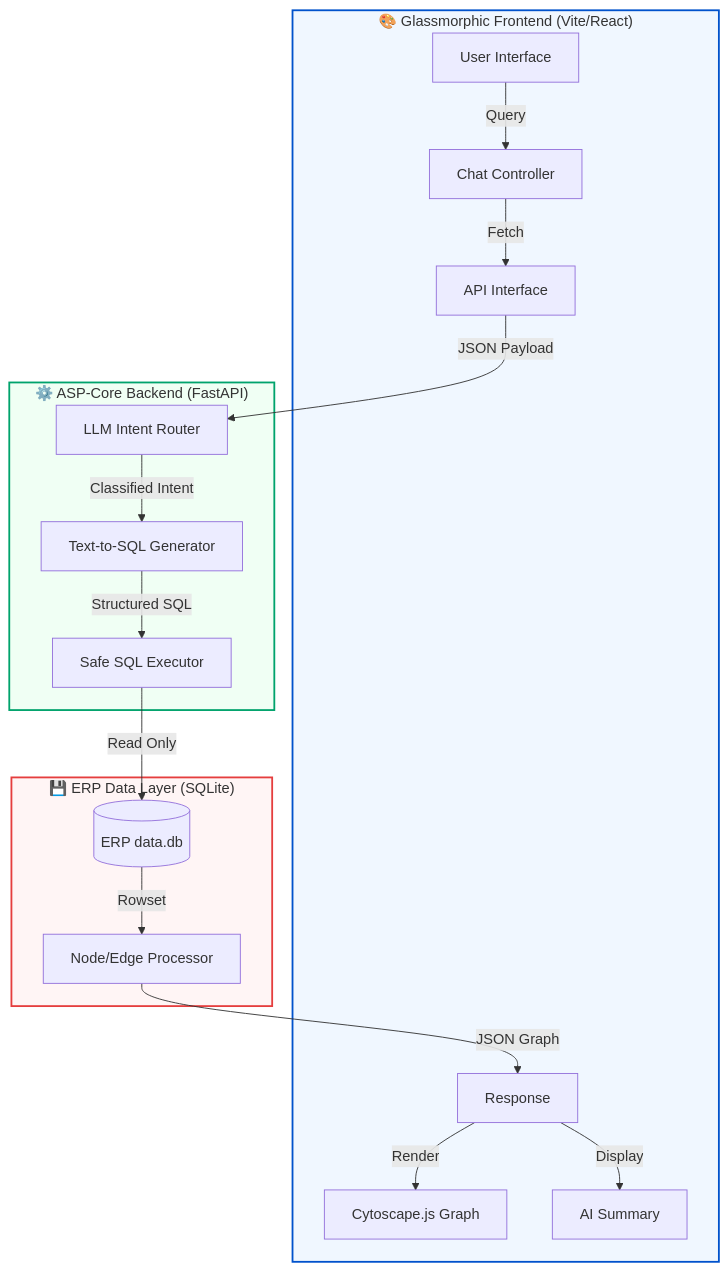
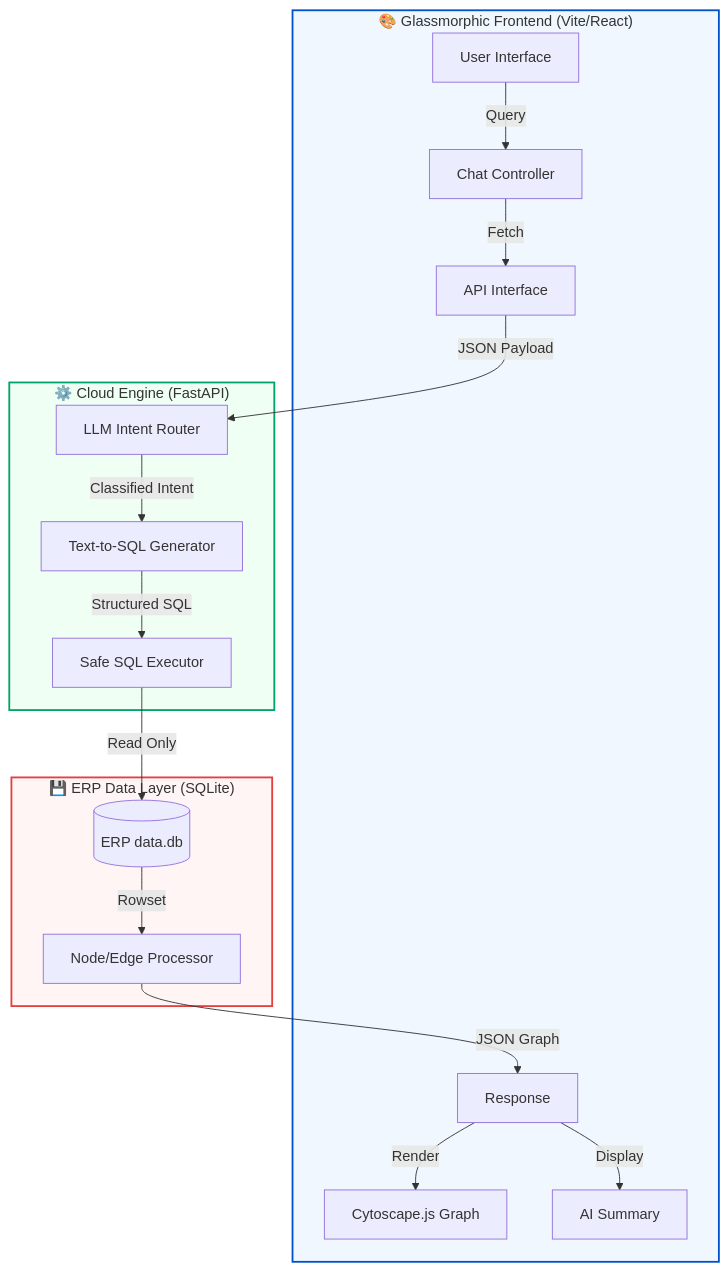
The diagram in README.md (Tanishq-Raj/Dodge-AI-Graph-Based-Data-Modeling-and-Query-System), drawn with Mermaid before and after one commit. The commit also changed other lines of this file, not shown here.

````diff
--- a/README.md
+++ b/README.md
@@ -71,25 +78,25 @@
 ```mermaid
 graph TB
     subgraph Frontend ["🎨 Glassmorphic Frontend (Vite/React)"]
         UI[User Interface] -->|Query| Controller[Chat Controller]
         Controller -->|Fetch| API[API Interface]
         Response -->|Render| Graph[Cytoscape.js Graph]
         Response -->|Display| Markdown[AI Summary]
     end
 
-    subgraph Backend ["⚙️ ASP-Core Backend (FastAPI)"]
+    subgraph Backend ["⚙️ Cloud Engine (FastAPI)"]
         API -->|JSON Payload| Intent[LLM Intent Router]
         Intent -->|Classified Intent| Generator[Text-to-SQL Generator]
         Generator -->|Structured SQL| Executor[Safe SQL Executor]
     end
 
     subgraph Data ["💾 ERP Data Layer (SQLite)"]
         Executor -->|Read Only| DB[(ERP data.db)]
         DB -->|Rowset| Processor[Node/Edge Processor]
         Processor -->|JSON Graph| Response
     end
 
     style Frontend fill:#f0f7ff,stroke:#0052cc,stroke-width:2px
     style Backend fill:#f0fff4,stroke:#00a36c,stroke-width:2px
     style Data fill:#fff5f5,stroke:#e53e3e,stroke-width:2px
 ```
````
